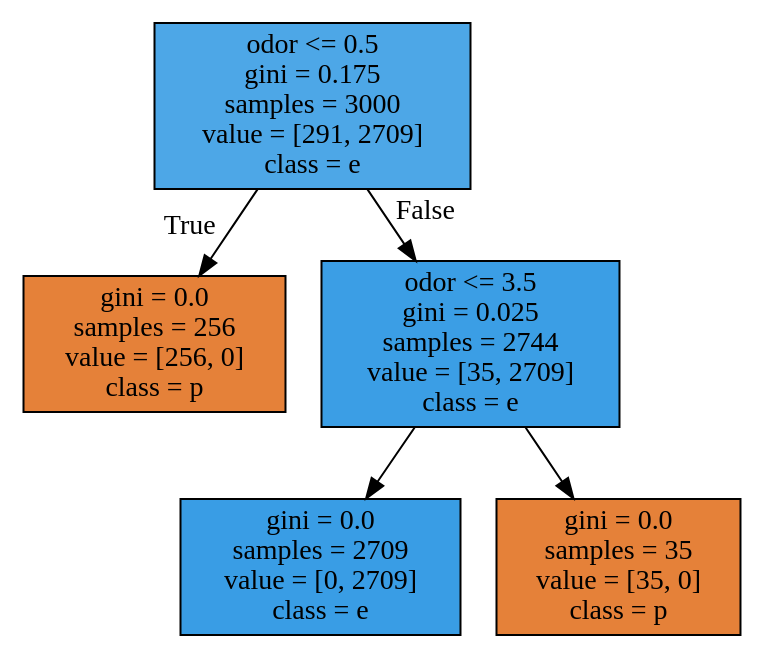
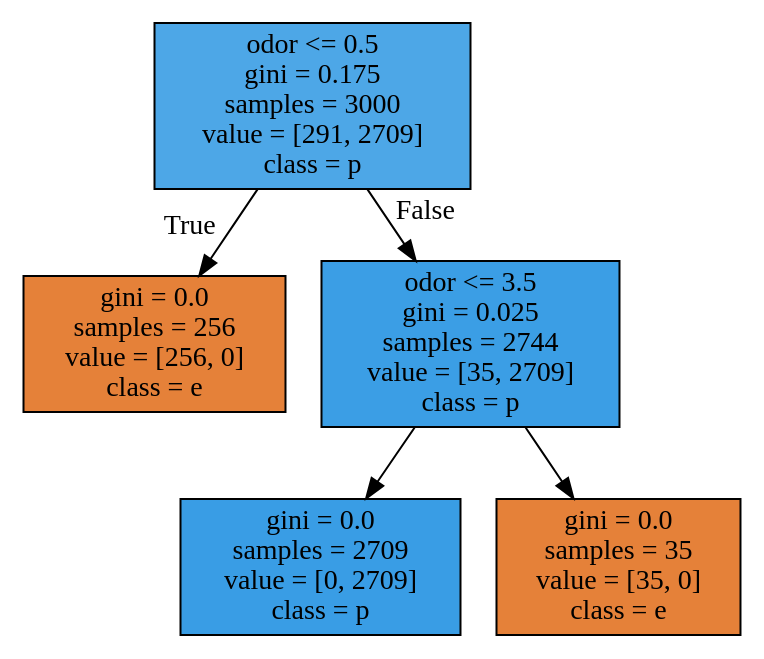
Before and after one commit to AkshaY2039/Analytics-and-Systems-of-Big-Data: the diagram in MidSem_Lab_Exam/dTree.dot, drawn with Graphviz. The commit also changed 5 other files, not shown here.

```diff
--- a/MidSem_Lab_Exam/dTree.dot
+++ b/MidSem_Lab_Exam/dTree.dot
@@ -1,12 +1,12 @@
 digraph Tree {
 node [shape=box, style="filled", color="black"] ;
-0 [label="odor <= 0.5\ngini = 0.175\nsamples = 3000\nvalue = [291, 2709]\nclass = e", fillcolor="#399de5e4"] ;
-1 [label="gini = 0.0\nsamples = 256\nvalue = [256, 0]\nclass = p", fillcolor="#e58139ff"] ;
+0 [label="odor <= 0.5\ngini = 0.175\nsamples = 3000\nvalue = [291, 2709]\nclass = p", fillcolor="#399de5e4"] ;
+1 [label="gini = 0.0\nsamples = 256\nvalue = [256, 0]\nclass = e", fillcolor="#e58139ff"] ;
 0 -> 1 [labeldistance=2.5, labelangle=45, headlabel="True"] ;
-2 [label="odor <= 3.5\ngini = 0.025\nsamples = 2744\nvalue = [35, 2709]\nclass = e", fillcolor="#399de5fc"] ;
+2 [label="odor <= 3.5\ngini = 0.025\nsamples = 2744\nvalue = [35, 2709]\nclass = p", fillcolor="#399de5fc"] ;
 0 -> 2 [labeldistance=2.5, labelangle=-45, headlabel="False"] ;
-3 [label="gini = 0.0\nsamples = 2709\nvalue = [0, 2709]\nclass = e", fillcolor="#399de5ff"] ;
+3 [label="gini = 0.0\nsamples = 2709\nvalue = [0, 2709]\nclass = p", fillcolor="#399de5ff"] ;
 2 -> 3 ;
-4 [label="gini = 0.0\nsamples = 35\nvalue = [35, 0]\nclass = p", fillcolor="#e58139ff"] ;
+4 [label="gini = 0.0\nsamples = 35\nvalue = [35, 0]\nclass = e", fillcolor="#e58139ff"] ;
 2 -> 4 ;
 }
```
